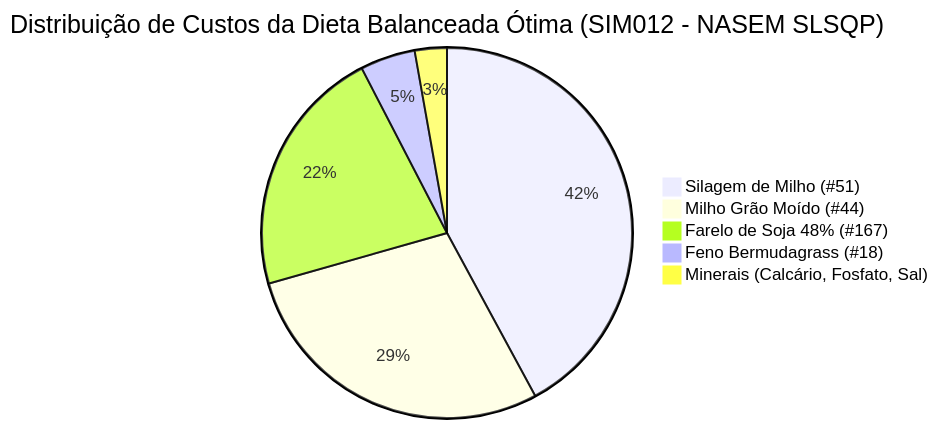
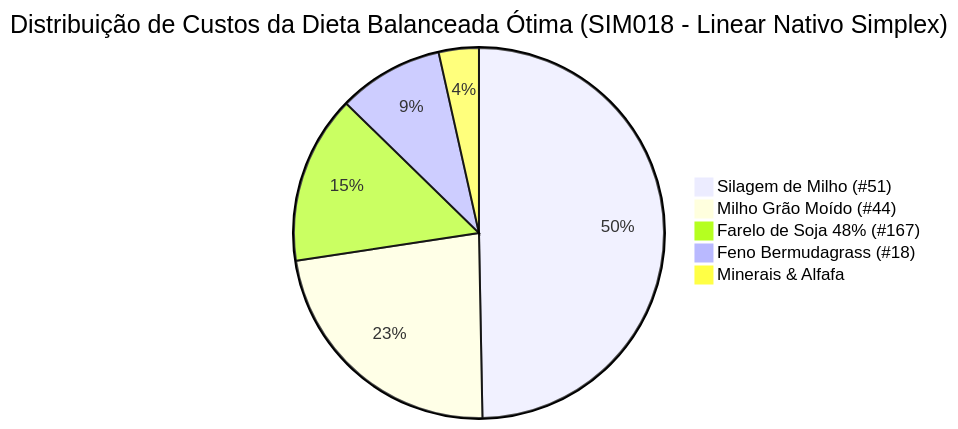
The second of 2 diagrams in RELATORIO_PESQUISA_OPERACIONAL.md (ivaniojr/RuFaS-PesquisaOperacional), drawn with Mermaid before and after one commit. The commit also changed other lines of this file and 10 other files, not shown here.

````diff
--- a/RELATORIO_PESQUISA_OPERACIONAL.md
+++ b/RELATORIO_PESQUISA_OPERACIONAL.md
@@ -309,8 +448,8 @@
 ```mermaid
-pie title Distribuição de Custos da Dieta Balanceada Ótima (SIM012 - NASEM SLSQP)
-    "Silagem de Milho (#51)" : 42.1
-    "Milho Grão Moído (#44)" : 28.5
-    "Farelo de Soja 48% (#167)" : 21.8
-    "Feno Bermudagrass (#18)" : 4.8
-    "Minerais (Calcário, Fosfato, Sal)" : 2.8
+pie title Distribuição de Custos da Dieta Balanceada Ótima (SIM018 - Linear Nativo Simplex)
+    "Silagem de Milho (#51)" : 49.7
+    "Milho Grão Moído (#44)" : 22.9
+    "Farelo de Soja 48% (#167)" : 14.7
+    "Feno Bermudagrass (#18)" : 9.2
+    "Minerais & Alfafa" : 3.5
 ```
````
